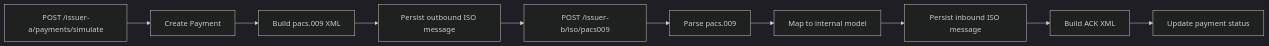
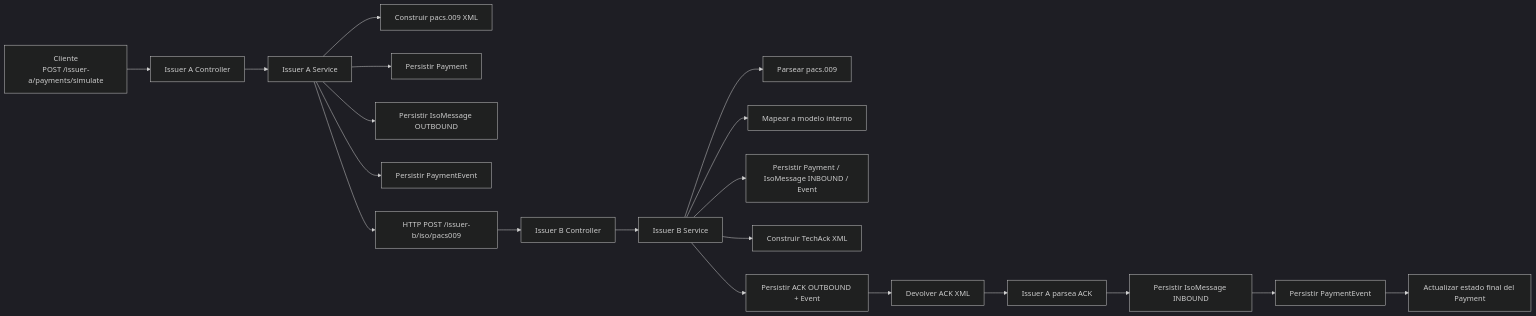
The diagram in docs/diagrams/flow-mvp-mermaid.md (sermoragon/stablecoin-interissuer-tfg), drawn with Mermaid (dark theme) before and after one commit. The commit also changed 10 other files, not shown here.

````diff
--- a/docs/diagrams/flow-mvp-mermaid.md
+++ b/docs/diagrams/flow-mvp-mermaid.md
@@ -1,12 +1,24 @@
 ```mermaid
 flowchart LR
-    A[POST /issuer-a/payments/simulate] --> B[Create Payment]
-    B --> C[Build pacs.009 XML]
-    C --> D[Persist outbound ISO message]
-    D --> E[POST /issuer-b/iso/pacs009]
-    E --> F[Parse pacs.009]
-    F --> G[Map to internal model]
-    G --> H[Persist inbound ISO message]
-    H --> I[Build ACK XML]
-    I --> J[Update payment status]
+    A[Cliente<br/>POST /issuer-a/payments/simulate] --> B[Issuer A Controller]
+    B --> C[Issuer A Service]
+    C --> D[Construir pacs.009 XML]
+    C --> E[Persistir Payment]
+    C --> F[Persistir IsoMessage OUTBOUND]
+    C --> G[Persistir PaymentEvent]
+    C --> H[HTTP POST /issuer-b/iso/pacs009]
+
+    H --> I[Issuer B Controller]
+    I --> J[Issuer B Service]
+    J --> K[Parsear pacs.009]
+    J --> L[Mapear a modelo interno]
+    J --> M[Persistir Payment / IsoMessage INBOUND / Event]
+    J --> N[Construir TechAck XML]
+    J --> O[Persistir ACK OUTBOUND + Event]
+    O --> P[Devolver ACK XML]
+
+    P --> Q[Issuer A parsea ACK]
+    Q --> R[Persistir IsoMessage INBOUND]
+    R --> S[Persistir PaymentEvent]
+    S --> T[Actualizar estado final del Payment]
 ```
````
